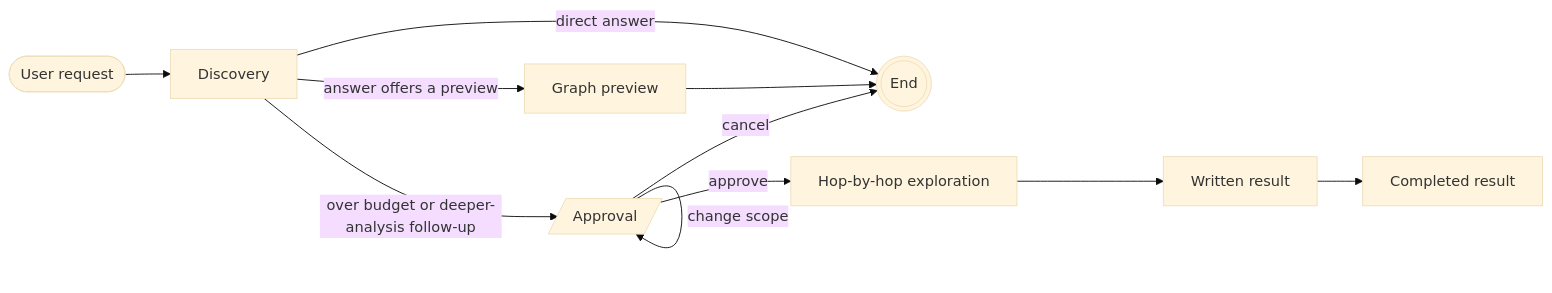
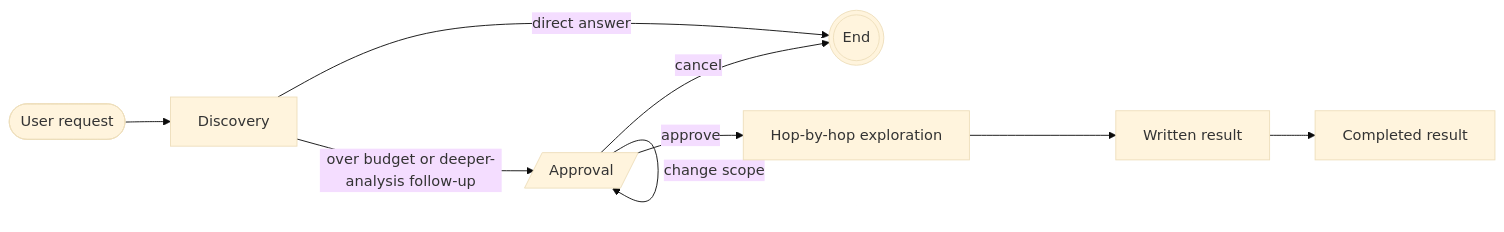
Before and after one commit to ChrisDevRepo/vscode_data_lineage: the second of 2 diagrams in docs/ARCHITECTURE.md, drawn with Mermaid (base theme). The commit also changed other lines of this file and 18 other files, not shown here.

Commit message:
Remove the discovery graph-preview stage; lineage_create_graph_preview creates the AI graph preview

````diff
--- a/docs/ARCHITECTURE.md
+++ b/docs/ARCHITECTURE.md
@@ -43,11 +43,10 @@
 ```mermaid
 flowchart LR
     Q([User request]) --> D[Discovery]
     D -->|direct answer| END(((End)))
-    D -->|answer offers a preview| P[Graph preview] --> END
     D -->|over budget or deeper-analysis follow-up| G[/Approval/]
     G -->|change scope| G
     G -->|cancel| END
     G -->|approve| A[Hop-by-hop exploration]
     A --> S[Written result] --> C[Completed result]
 ```
````
